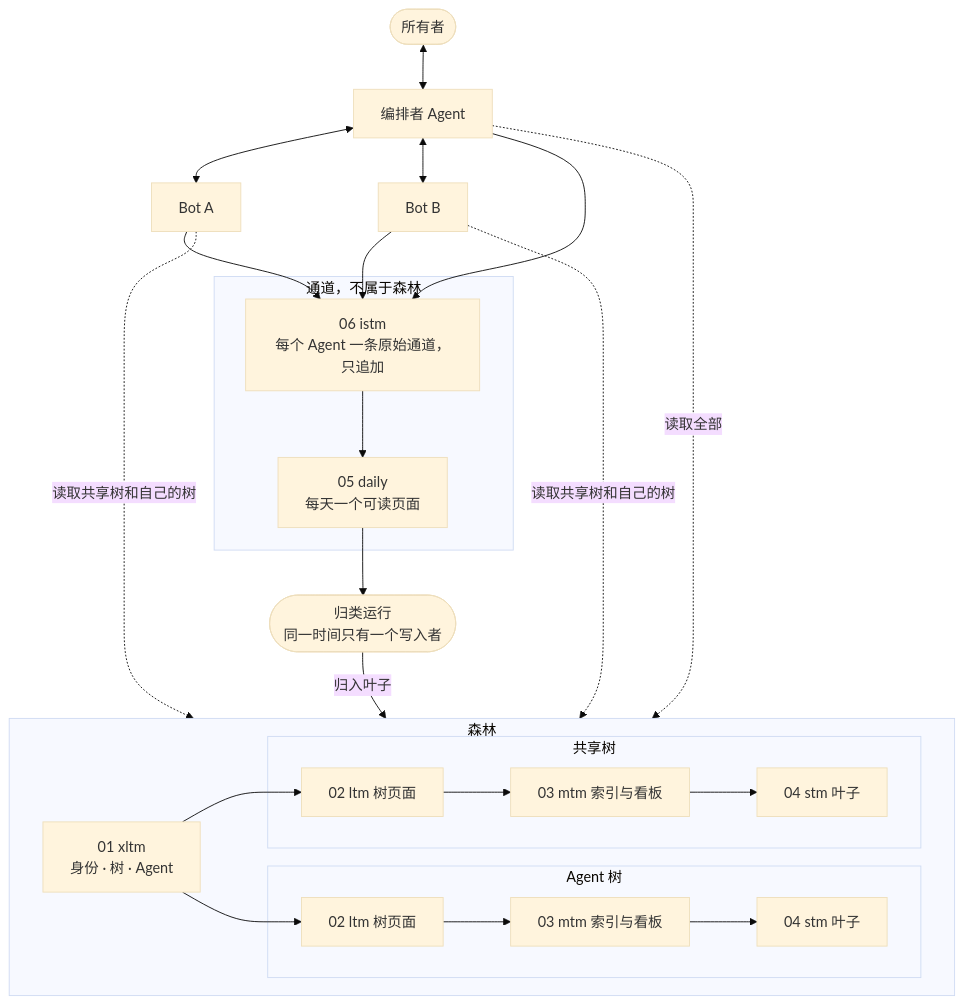
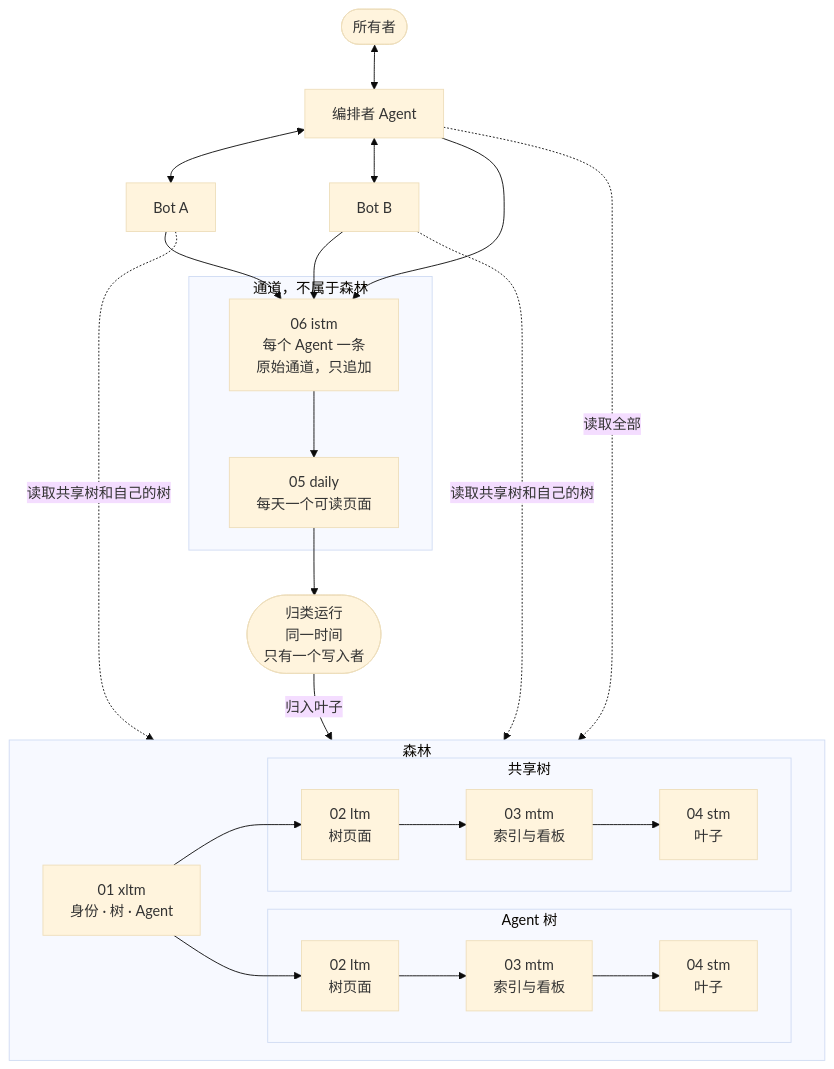
The first of 2 diagrams in README.zh-CN.md (agent-memory-atlas-archive/hyungchulc--agent-memory-forest), drawn with Mermaid (base theme) before and after one commit. The commit also changed other lines of this file and 2 other files, not shown here.

````diff
--- a/README.zh-CN.md
+++ b/README.zh-CN.md
@@ -152,35 +152,35 @@
 ```mermaid
 flowchart TB
     owner(["所有者"]) <--> hub["编排者 Agent"]
     hub <--> botA["Bot A"]
     hub <--> botB["Bot B"]
 
     subgraph lanes ["通道，不属于森林"]
-        istm["06 istm<br/>每个 Agent 一条原始通道，只追加"]
+        istm["06 istm<br/>每个 Agent 一条<br/>原始通道，只追加"]
         daily["05 daily<br/>每天一个可读页面"]
         istm --> daily
     end
 
     hub --> istm
     botA --> istm
     botB --> istm
 
-    daily --> filing(["归类运行<br/>同一时间只有一个写入者"])
+    daily --> filing(["归类运行<br/>同一时间<br/>只有一个写入者"])
     filing -- "归入叶子" --> forest
 
     subgraph forest ["森林"]
         xltm["01 xltm<br/>身份 · 树 · Agent"]
         subgraph own ["Agent 树"]
-            altm["02 ltm 树页面"] --> amtm["03 mtm 索引与看板"] --> astm["04 stm 叶子"]
+            altm["02 ltm<br/>树页面"] --> amtm["03 mtm<br/>索引与看板"] --> astm["04 stm<br/>叶子"]
         end
         subgraph shared ["共享树"]
-            ltm["02 ltm 树页面"] --> mtm["03 mtm 索引与看板"] --> stm["04 stm 叶子"]
+            ltm["02 ltm<br/>树页面"] --> mtm["03 mtm<br/>索引与看板"] --> stm["04 stm<br/>叶子"]
         end
         xltm --> ltm
         xltm --> altm
     end
 
     hub -. "读取全部" .-> forest
     botA -. "读取共享树和自己的树" .-> forest
     botB -. "读取共享树和自己的树" .-> forest
 ```
````
